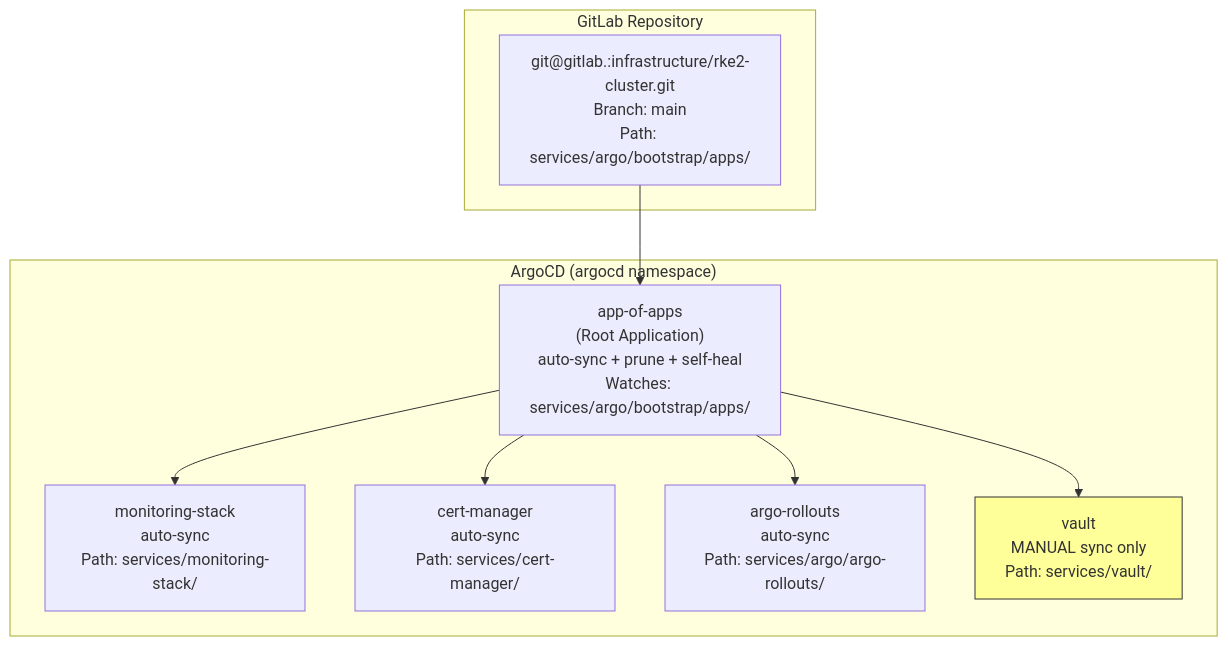
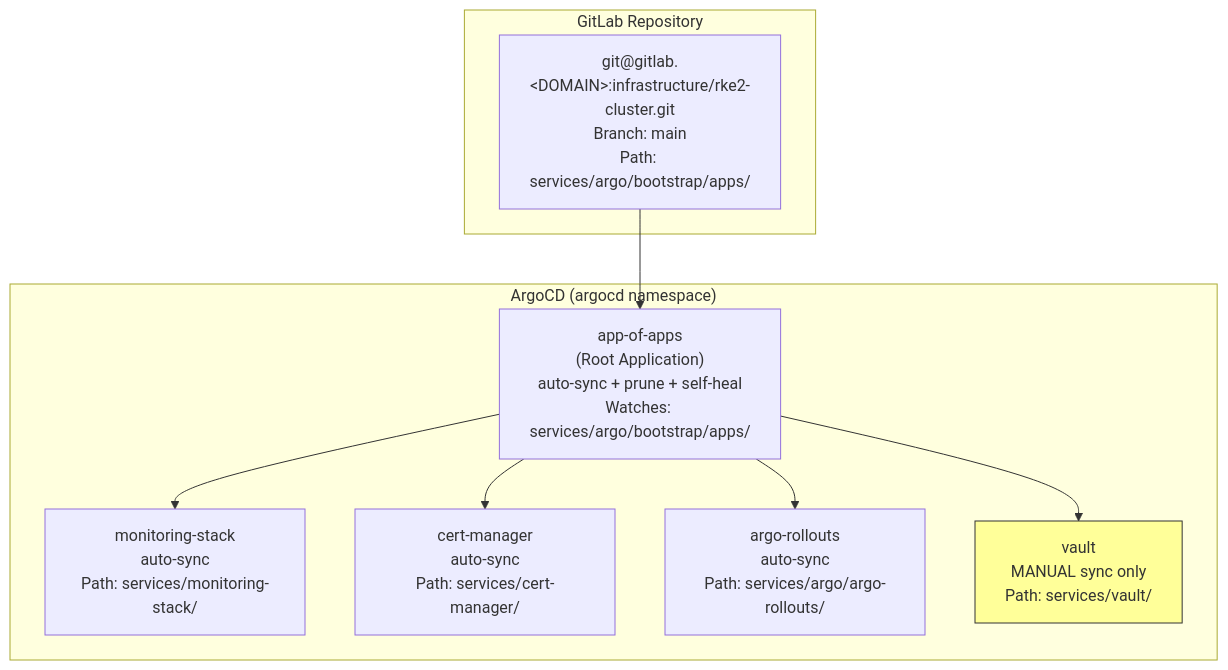
Diagram 22 of 26 in docs/engineering/system-architecture.md (derhornspieler/harvester-rke2-platform), drawn with Mermaid before and after one commit. The commit also changed other lines of this file and 127 other files, not shown here.

````diff
--- a/docs/engineering/system-architecture.md
+++ b/docs/engineering/system-architecture.md
@@ -1106,23 +1104,23 @@
 ```mermaid
 graph TD
     subgraph GitLab["GitLab Repository"]
-        Repo["git@gitlab.<DOMAIN>:infrastructure/rke2-cluster.git<br/>Branch: main<br/>Path: services/argo/bootstrap/apps/"]
+        Repo["git@gitlab.&lt;DOMAIN&gt;:infrastructure/rke2-cluster.git<br/>Branch: main<br/>Path: services/argo/bootstrap/apps/"]
     end
 
     subgraph ArgoCD["ArgoCD (argocd namespace)"]
         Root["app-of-apps<br/>(Root Application)<br/>auto-sync + prune + self-heal<br/>Watches: services/argo/bootstrap/apps/"]
 
         MonApp["monitoring-stack<br/>auto-sync<br/>Path: services/monitoring-stack/"]
         CMApp["cert-manager<br/>auto-sync<br/>Path: services/cert-manager/"]
         RollApp["argo-rollouts<br/>auto-sync<br/>Path: services/argo/argo-rollouts/"]
         VaultApp["vault<br/>MANUAL sync only<br/>Path: services/vault/"]
     end
 
     Repo --> Root
     Root --> MonApp
     Root --> CMApp
     Root --> RollApp
     Root --> VaultApp
 
     style VaultApp fill:#ff9,stroke:#333
 ```
````
